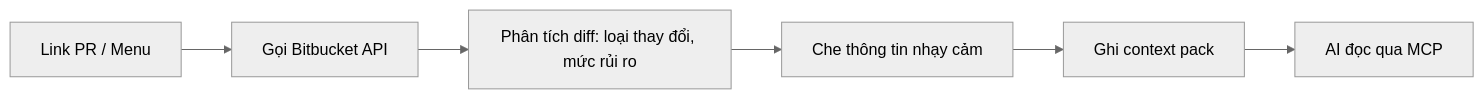
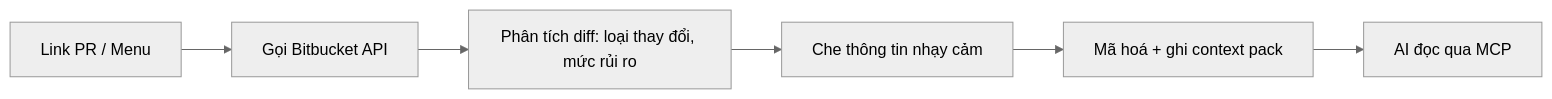
Before and after one commit to Ninh-Duong/mcp-pr-companion: the diagram in README.md, drawn with Mermaid (neutral theme). The commit also changed other lines of this file and 6 other files, not shown here.

````diff
--- a/README.md
+++ b/README.md
@@ -198,8 +219,8 @@
 ```mermaid
 flowchart LR
     A[Link PR / Menu] --> B[Gọi Bitbucket API]
     B --> C[Phân tích diff: loại thay đổi, mức rủi ro]
     C --> D[Che thông tin nhạy cảm]
-    D --> E[Ghi context pack]
+    D --> E[Mã hoá + ghi context pack]
     E --> F[AI đọc qua MCP]
 ```
````
